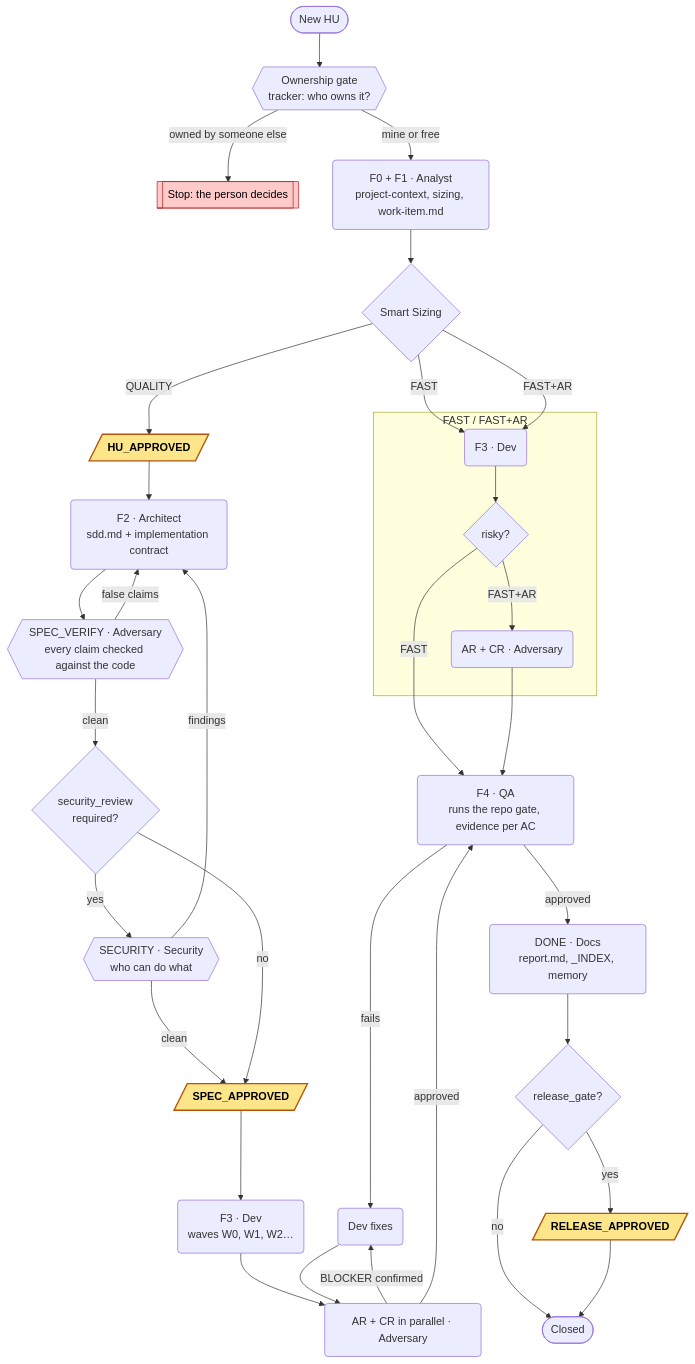
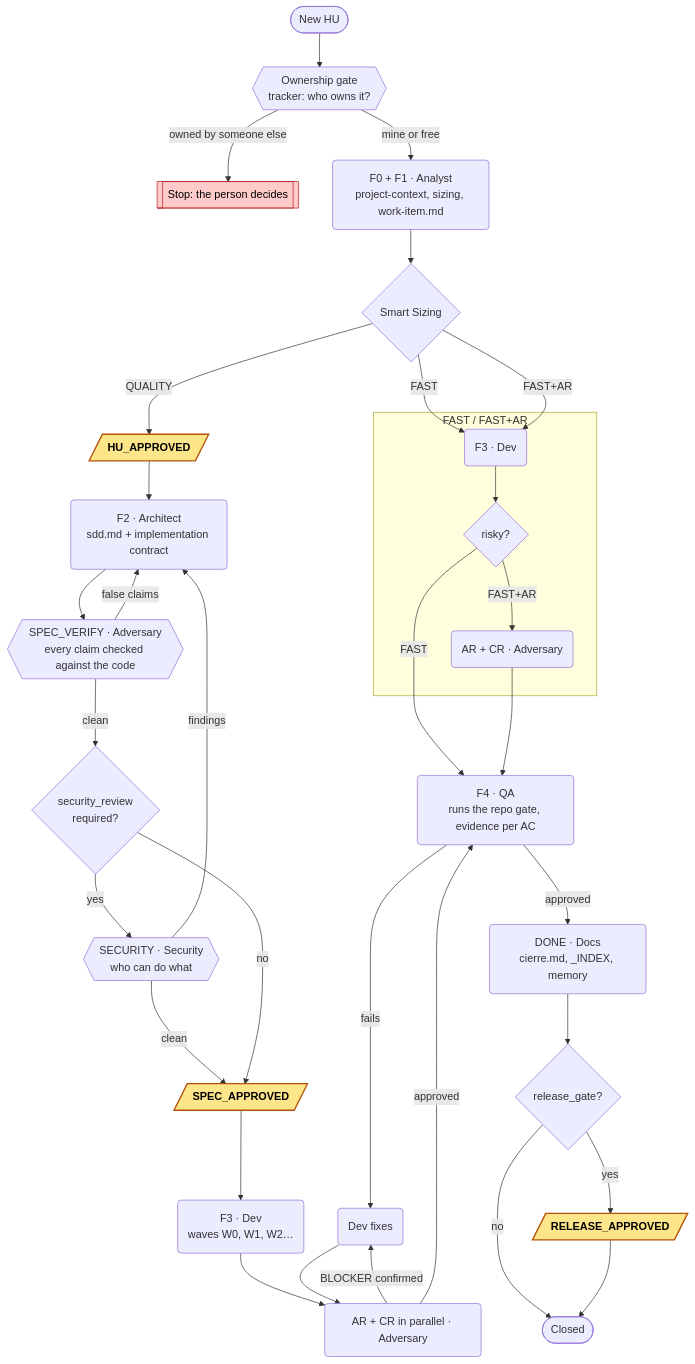
Before and after one commit to ferrosasfp/nexus-agile-enterprise: the first of 2 diagrams in README.md, drawn with Mermaid. The commit also changed other lines of this file and 24 other files, not shown here.

````diff
--- a/README.md
+++ b/README.md
@@ -44,42 +44,42 @@
 ```mermaid
 flowchart TD
     START([New HU]) --> OWN{{"Ownership gate<br/>tracker: who owns it?"}}
     OWN -- "owned by someone else" --> ESC[["Stop: the person decides"]]
     OWN -- "mine or free" --> F0F1("F0 + F1 · Analyst<br/>project-context, sizing, work-item.md")
     F0F1 --> SIZE{"Smart Sizing"}
 
     SIZE -- "FAST" --> FDEV
     SIZE -- "FAST+AR" --> FDEV
     SIZE -- "QUALITY" --> G1
 
     subgraph FASTPATH ["FAST / FAST+AR"]
         FDEV("F3 · Dev") --> FAR{"risky?"}
         FAR -- "FAST+AR" --> FREV("AR + CR · Adversary")
     end
     FAR -- "FAST" --> F4
     FREV --> F4
 
     G1[/"HU_APPROVED"/] --> F2("F2 · Architect<br/>sdd.md + implementation contract")
     F2 --> SV{{"SPEC_VERIFY · Adversary<br/>every claim checked against the code"}}
     SV -- "false claims" --> F2
     SV -- "clean" --> SECQ{"security_review<br/>required?"}
     SECQ -- "yes" --> SEC{{"SECURITY · Security<br/>who can do what"}}
     SEC -- "findings" --> F2
     SEC -- "clean" --> G2
     SECQ -- "no" --> G2
     G2[/"SPEC_APPROVED"/] --> F3("F3 · Dev<br/>waves W0, W1, W2…")
     F3 --> ARCR("AR + CR in parallel · Adversary")
     ARCR -- "BLOCKER confirmed" --> FIX("Dev fixes") --> ARCR
     ARCR -- "approved" --> F4("F4 · QA<br/>runs the repo gate, evidence per AC")
     F4 -- "fails" --> FIX
-    F4 -- "approved" --> DONE("DONE · Docs<br/>report.md, _INDEX, memory")
+    F4 -- "approved" --> DONE("DONE · Docs<br/>cierre.md, _INDEX, memory")
     DONE --> REL{"release_gate?"}
     REL -- "yes" --> G3[/"RELEASE_APPROVED"/]
     REL -- "no" --> END([Closed])
     G3 --> END
 
     classDef gate fill:#fde68a,stroke:#b45309,stroke-width:2px,color:#000,font-weight:bold
     classDef stop fill:#fecaca,stroke:#b91c1c,color:#000
     class G1,G2,G3 gate
     class ESC stop
 ```
````
